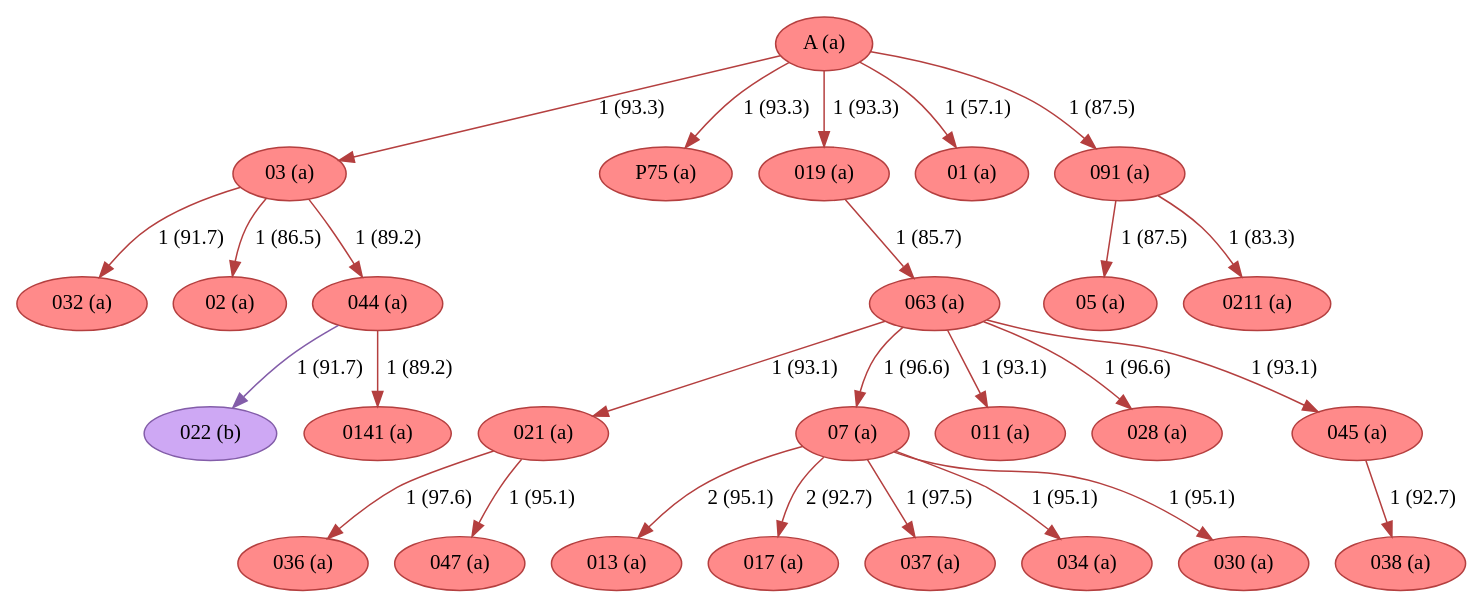
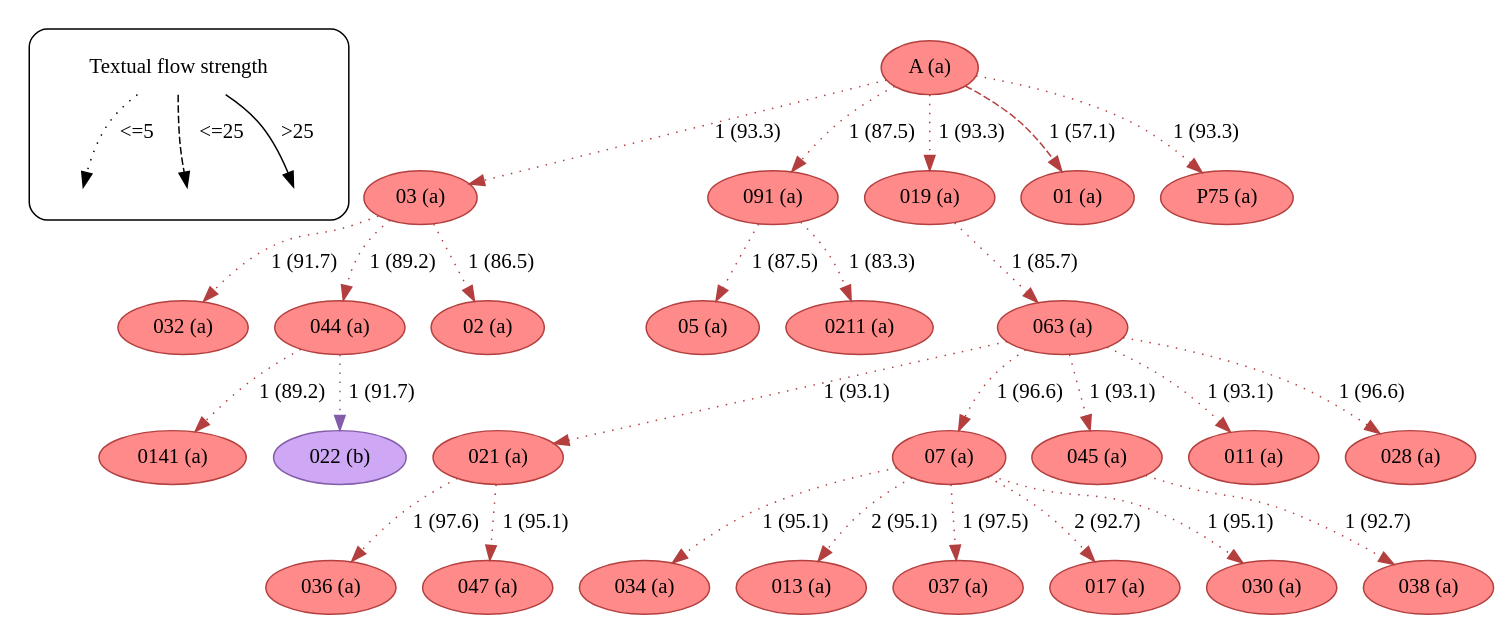
Before and after one commit to edmondac/CBGM: the diagram in example/c2/textual_flow_23_1_c2.dot, drawn with Graphviz. The commit also changed 167 other files, not shown here.

```diff
--- a/example/c2/textual_flow_23_1_c2.dot
+++ b/example/c2/textual_flow_23_1_c2.dot
@@ -1,55 +1,212 @@
-strict digraph G {
-"013 (a)" [fillcolor="#FF8A8A", color="#b43f3f", style=filled];
-"017 (a)" [fillcolor="#FF8A8A", color="#b43f3f", style=filled];
-"032 (a)" [fillcolor="#FF8A8A", color="#b43f3f", style=filled];
-"021 (a)" [fillcolor="#FF8A8A", color="#b43f3f", style=filled];
-"037 (a)" [fillcolor="#FF8A8A", color="#b43f3f", style=filled];
-"05 (a)" [fillcolor="#FF8A8A", color="#b43f3f", style=filled];
-"02 (a)" [fillcolor="#FF8A8A", color="#b43f3f", style=filled];
-"036 (a)" [fillcolor="#FF8A8A", color="#b43f3f", style=filled];
-"07 (a)" [fillcolor="#FF8A8A", color="#b43f3f", style=filled];
-"038 (a)" [fillcolor="#FF8A8A", color="#b43f3f", style=filled];
-"03 (a)" [fillcolor="#FF8A8A", color="#b43f3f", style=filled];
-"P75 (a)" [fillcolor="#FF8A8A", color="#b43f3f", style=filled];
-"022 (b)" [fillcolor="#CEA8F4", color="#835da9", style=filled];
-"A (a)" [fillcolor="#FF8A8A", color="#b43f3f", style=filled];
-"019 (a)" [fillcolor="#FF8A8A", color="#b43f3f", style=filled];
-"0141 (a)" [fillcolor="#FF8A8A", color="#b43f3f", style=filled];
-"0211 (a)" [fillcolor="#FF8A8A", color="#b43f3f", style=filled];
-"01 (a)" [fillcolor="#FF8A8A", color="#b43f3f", style=filled];
-"011 (a)" [fillcolor="#FF8A8A", color="#b43f3f", style=filled];
-"034 (a)" [fillcolor="#FF8A8A", color="#b43f3f", style=filled];
-"030 (a)" [fillcolor="#FF8A8A", color="#b43f3f", style=filled];
-"028 (a)" [fillcolor="#FF8A8A", color="#b43f3f", style=filled];
-"091 (a)" [fillcolor="#FF8A8A", color="#b43f3f", style=filled];
-"045 (a)" [fillcolor="#FF8A8A", color="#b43f3f", style=filled];
-"047 (a)" [fillcolor="#FF8A8A", color="#b43f3f", style=filled];
-"044 (a)" [fillcolor="#FF8A8A", color="#b43f3f", style=filled];
-"063 (a)" [fillcolor="#FF8A8A", color="#b43f3f", style=filled];
-"021 (a)" -> "036 (a)"  [color="#b43f3f", label="1 (97.6)"];
-"021 (a)" -> "047 (a)"  [color="#b43f3f", label="1 (95.1)"];
-"07 (a)" -> "013 (a)"  [color="#b43f3f", label="2 (95.1)"];
-"07 (a)" -> "017 (a)"  [color="#b43f3f", label="2 (92.7)"];
-"07 (a)" -> "037 (a)"  [color="#b43f3f", label="1 (97.5)"];
-"07 (a)" -> "030 (a)"  [color="#b43f3f", label="1 (95.1)"];
-"07 (a)" -> "034 (a)"  [color="#b43f3f", label="1 (95.1)"];
-"03 (a)" -> "044 (a)"  [color="#b43f3f", label="1 (89.2)"];
-"03 (a)" -> "032 (a)"  [color="#b43f3f", label="1 (91.7)"];
-"03 (a)" -> "02 (a)"  [color="#b43f3f", label="1 (86.5)"];
-"A (a)" -> "03 (a)"  [color="#b43f3f", label="1 (93.3)"];
-"A (a)" -> "01 (a)"  [color="#b43f3f", label="1 (57.1)"];
-"A (a)" -> "P75 (a)"  [color="#b43f3f", label="1 (93.3)"];
-"A (a)" -> "019 (a)"  [color="#b43f3f", label="1 (93.3)"];
-"A (a)" -> "091 (a)"  [color="#b43f3f", label="1 (87.5)"];
-"019 (a)" -> "063 (a)"  [color="#b43f3f", label="1 (85.7)"];
-"091 (a)" -> "0211 (a)"  [color="#b43f3f", label="1 (83.3)"];
-"091 (a)" -> "05 (a)"  [color="#b43f3f", label="1 (87.5)"];
-"045 (a)" -> "038 (a)"  [color="#b43f3f", label="1 (92.7)"];
-"044 (a)" -> "0141 (a)"  [color="#b43f3f", label="1 (89.2)"];
-"044 (a)" -> "022 (b)"  [color="#835da9", label="1 (91.7)"];
-"063 (a)" -> "045 (a)"  [color="#b43f3f", label="1 (93.1)"];
-"063 (a)" -> "028 (a)"  [color="#b43f3f", label="1 (96.6)"];
-"063 (a)" -> "011 (a)"  [color="#b43f3f", label="1 (93.1)"];
-"063 (a)" -> "07 (a)"  [color="#b43f3f", label="1 (96.6)"];
-"063 (a)" -> "021 (a)"  [color="#b43f3f", label="1 (93.1)"];
+strict digraph  {
+	node [label="\N"];
+	subgraph cluster_legend {
+		graph [style=rounded];
+		leg_s		 [label="Textual flow strength",
+			shape=plaintext];
+		leg_e1		 [fixedsize=True,
+			height=0.2,
+			label="",
+			style=invis];
+		leg_s -> leg_e1		 [label="<=5  ",
+			style=dotted];
+		leg_e2		 [fixedsize=True,
+			height=0.2,
+			label="",
+			style=invis];
+		leg_s -> leg_e2		 [label="  <=25",
+			style=dashed];
+		leg_e3		 [fixedsize=True,
+			height=0.2,
+			label="",
+			style=invis];
+		leg_s -> leg_e3		 [label=">25",
+			style=solid];
+	}
+	021	 [color="#b43f3f",
+		fillcolor="#FF8A8A",
+		label="021 (a)",
+		style=filled];
+	036	 [color="#b43f3f",
+		fillcolor="#FF8A8A",
+		label="036 (a)",
+		style=filled];
+	021 -> 036	 [color="#b43f3f",
+		label="1 (97.6)",
+		style=dotted];
+	047	 [color="#b43f3f",
+		fillcolor="#FF8A8A",
+		label="047 (a)",
+		style=filled];
+	021 -> 047	 [color="#b43f3f",
+		label="1 (95.1)",
+		style=dotted];
+	03	 [color="#b43f3f",
+		fillcolor="#FF8A8A",
+		label="03 (a)",
+		style=filled];
+	032	 [color="#b43f3f",
+		fillcolor="#FF8A8A",
+		label="032 (a)",
+		style=filled];
+	03 -> 032	 [color="#b43f3f",
+		label="1 (91.7)",
+		style=dotted];
+	044	 [color="#b43f3f",
+		fillcolor="#FF8A8A",
+		label="044 (a)",
+		style=filled];
+	03 -> 044	 [color="#b43f3f",
+		label="1 (89.2)",
+		style=dotted];
+	02	 [color="#b43f3f",
+		fillcolor="#FF8A8A",
+		label="02 (a)",
+		style=filled];
+	03 -> 02	 [color="#b43f3f",
+		label="1 (86.5)",
+		style=dotted];
+	07	 [color="#b43f3f",
+		fillcolor="#FF8A8A",
+		label="07 (a)",
+		style=filled];
+	034	 [color="#b43f3f",
+		fillcolor="#FF8A8A",
+		label="034 (a)",
+		style=filled];
+	07 -> 034	 [color="#b43f3f",
+		label="1 (95.1)",
+		style=dotted];
+	013	 [color="#b43f3f",
+		fillcolor="#FF8A8A",
+		label="013 (a)",
+		style=filled];
+	07 -> 013	 [color="#b43f3f",
+		label="2 (95.1)",
+		style=dotted];
+	037	 [color="#b43f3f",
+		fillcolor="#FF8A8A",
+		label="037 (a)",
+		style=filled];
+	07 -> 037	 [color="#b43f3f",
+		label="1 (97.5)",
+		style=dotted];
+	017	 [color="#b43f3f",
+		fillcolor="#FF8A8A",
+		label="017 (a)",
+		style=filled];
+	07 -> 017	 [color="#b43f3f",
+		label="2 (92.7)",
+		style=dotted];
+	030	 [color="#b43f3f",
+		fillcolor="#FF8A8A",
+		label="030 (a)",
+		style=filled];
+	07 -> 030	 [color="#b43f3f",
+		label="1 (95.1)",
+		style=dotted];
+	063	 [color="#b43f3f",
+		fillcolor="#FF8A8A",
+		label="063 (a)",
+		style=filled];
+	063 -> 021	 [color="#b43f3f",
+		label="1 (93.1)",
+		style=dotted];
+	063 -> 07	 [color="#b43f3f",
+		label="1 (96.6)",
+		style=dotted];
+	045	 [color="#b43f3f",
+		fillcolor="#FF8A8A",
+		label="045 (a)",
+		style=filled];
+	063 -> 045	 [color="#b43f3f",
+		label="1 (93.1)",
+		style=dotted];
+	011	 [color="#b43f3f",
+		fillcolor="#FF8A8A",
+		label="011 (a)",
+		style=filled];
+	063 -> 011	 [color="#b43f3f",
+		label="1 (93.1)",
+		style=dotted];
+	028	 [color="#b43f3f",
+		fillcolor="#FF8A8A",
+		label="028 (a)",
+		style=filled];
+	063 -> 028	 [color="#b43f3f",
+		label="1 (96.6)",
+		style=dotted];
+	038	 [color="#b43f3f",
+		fillcolor="#FF8A8A",
+		label="038 (a)",
+		style=filled];
+	045 -> 038	 [color="#b43f3f",
+		label="1 (92.7)",
+		style=dotted];
+	091	 [color="#b43f3f",
+		fillcolor="#FF8A8A",
+		label="091 (a)",
+		style=filled];
+	05	 [color="#b43f3f",
+		fillcolor="#FF8A8A",
+		label="05 (a)",
+		style=filled];
+	091 -> 05	 [color="#b43f3f",
+		label="1 (87.5)",
+		style=dotted];
+	0211	 [color="#b43f3f",
+		fillcolor="#FF8A8A",
+		label="0211 (a)",
+		style=filled];
+	091 -> 0211	 [color="#b43f3f",
+		label="1 (83.3)",
+		style=dotted];
+	A	 [color="#b43f3f",
+		fillcolor="#FF8A8A",
+		label="A (a)",
+		style=filled];
+	A -> 03	 [color="#b43f3f",
+		label="1 (93.3)",
+		style=dotted];
+	A -> 091	 [color="#b43f3f",
+		label="1 (87.5)",
+		style=dotted];
+	019	 [color="#b43f3f",
+		fillcolor="#FF8A8A",
+		label="019 (a)",
+		style=filled];
+	A -> 019	 [color="#b43f3f",
+		label="1 (93.3)",
+		style=dotted];
+	01	 [color="#b43f3f",
+		fillcolor="#FF8A8A",
+		label="01 (a)",
+		style=filled];
+	A -> 01	 [color="#b43f3f",
+		label="1 (57.1)",
+		style=dashed];
+	P75	 [color="#b43f3f",
+		fillcolor="#FF8A8A",
+		label="P75 (a)",
+		style=filled];
+	A -> P75	 [color="#b43f3f",
+		label="1 (93.3)",
+		style=dotted];
+	019 -> 063	 [color="#b43f3f",
+		label="1 (85.7)",
+		style=dotted];
+	0141	 [color="#b43f3f",
+		fillcolor="#FF8A8A",
+		label="0141 (a)",
+		style=filled];
+	044 -> 0141	 [color="#b43f3f",
+		label="1 (89.2)",
+		style=dotted];
+	022	 [color="#835da9",
+		fillcolor="#CEA8F4",
+		label="022 (b)",
+		style=filled];
+	044 -> 022	 [color="#835da9",
+		label="1 (91.7)",
+		style=dotted];
 }
```
